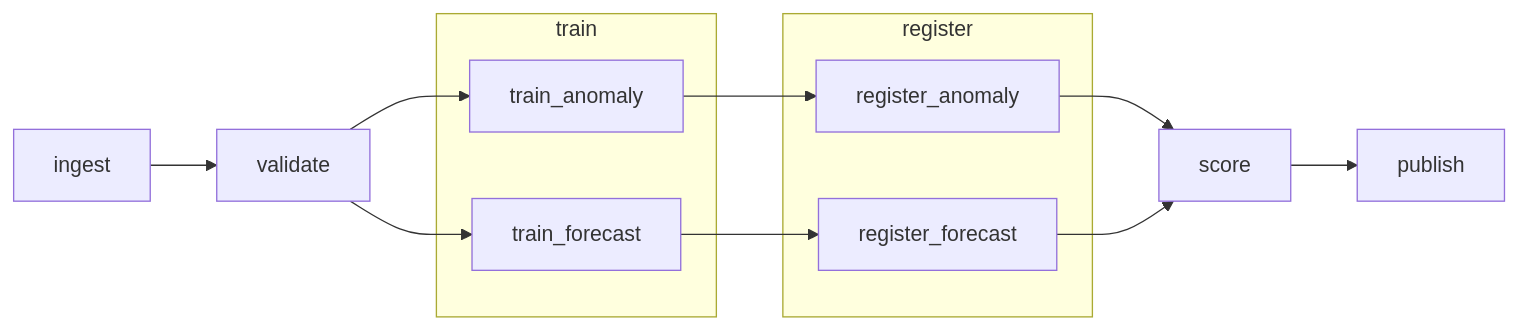
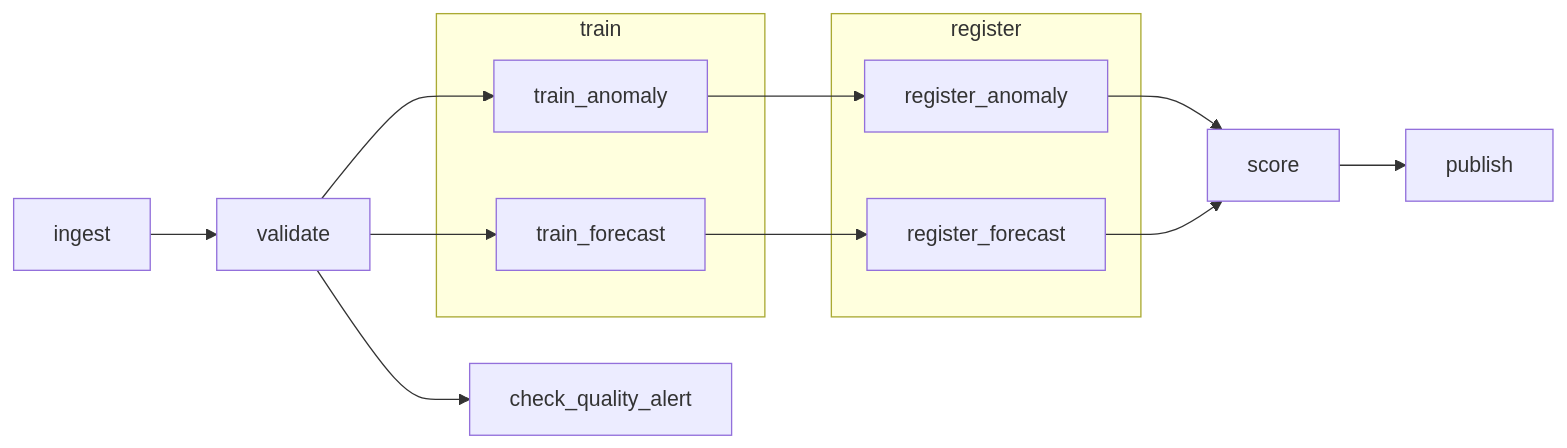
The first of 2 diagrams in docs/architecture.md (befikadusata/health-data-pipeline), drawn with Mermaid before and after one commit. The commit also changed other lines of this file and 18 other files, not shown here.

````diff
--- a/docs/architecture.md
+++ b/docs/architecture.md
@@ -8,21 +8,22 @@
 ```mermaid
 flowchart LR
     ingest --> validate
     validate --> train_anomaly
     validate --> train_forecast
+    validate --> check_quality_alert
     train_anomaly --> register_anomaly
     train_forecast --> register_forecast
     register_anomaly --> score
     register_forecast --> score
     score --> publish
 
     subgraph train [train]
         train_anomaly
         train_forecast
     end
 
     subgraph register [register]
         register_anomaly
         register_forecast
     end
 ```
````
